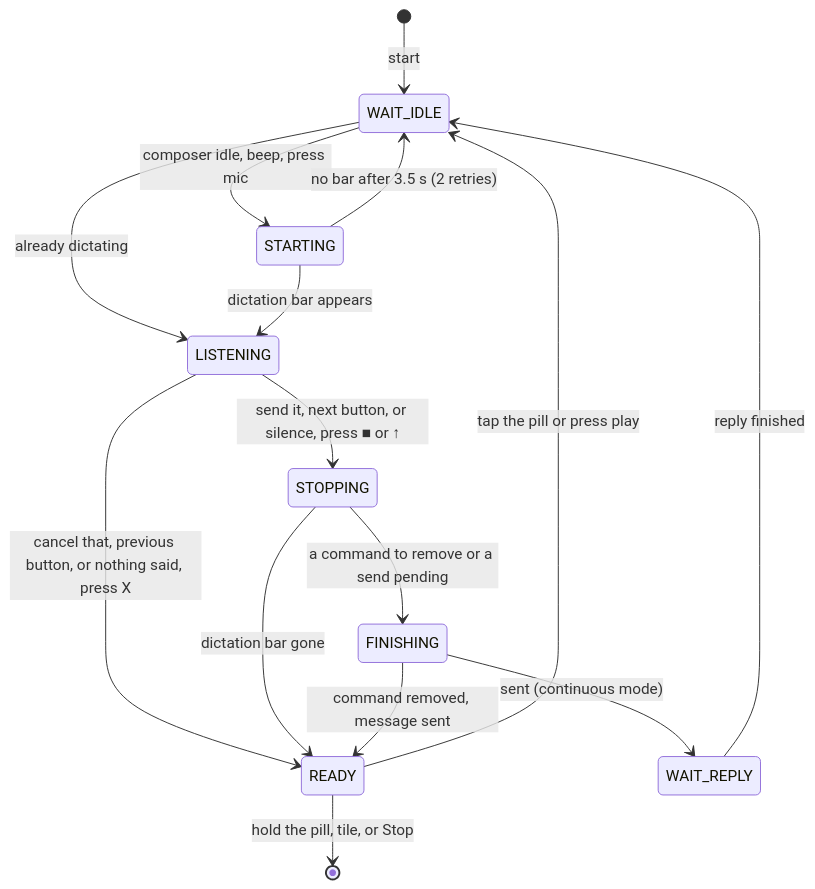
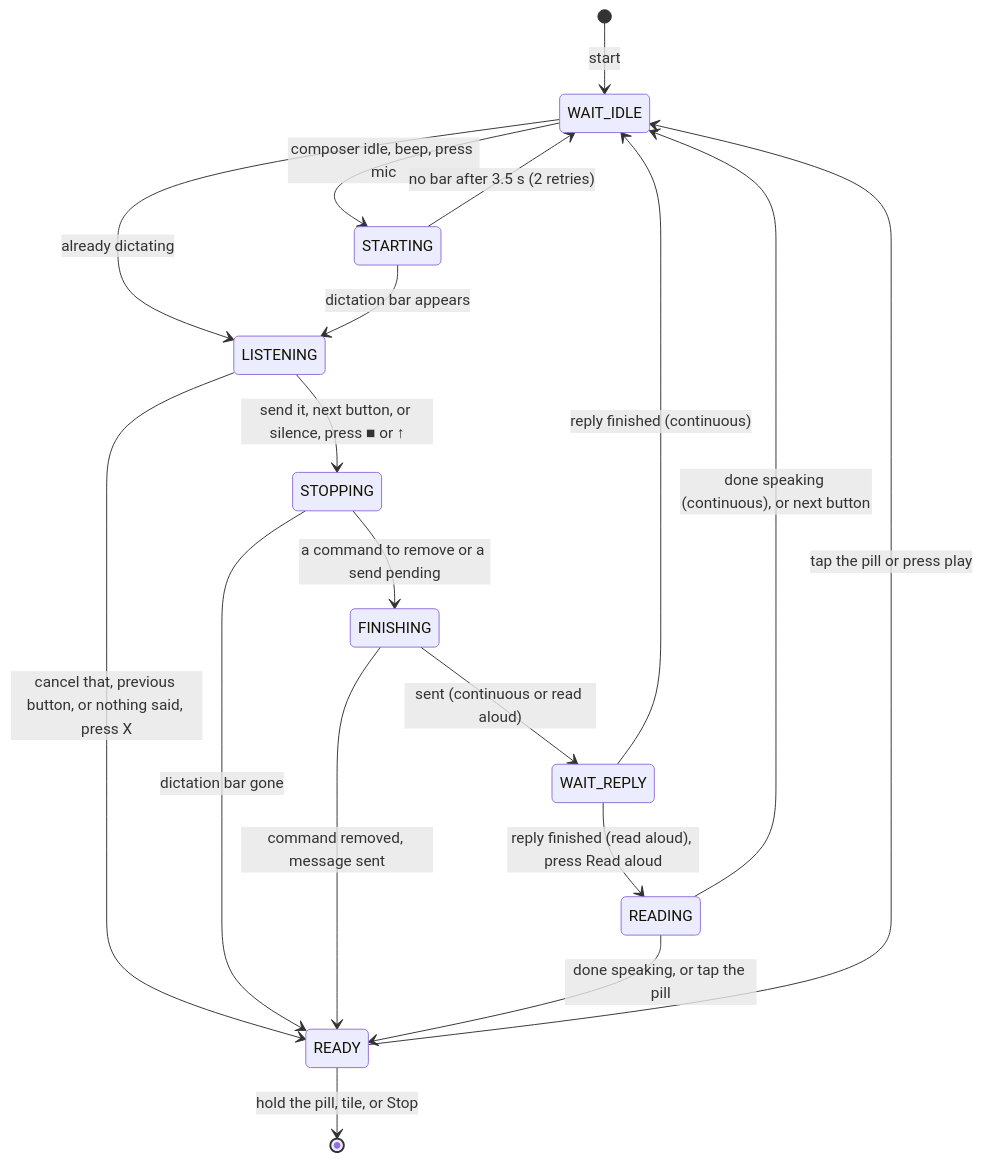
One commit to WillPastor/handsfree-gpt changed the second of 2 diagrams in docs/architecture.md. Above: the diagram before and after it, drawn with Mermaid. The commit also changed other lines of this file and 3 other files, not shown here.

First line of the commit message:
Document reading replies aloud and bump the version to 0.3.0

````diff
--- a/docs/architecture.md
+++ b/docs/architecture.md
@@ -47,17 +47,20 @@
 ```mermaid
 stateDiagram-v2
     [*] --> WAIT_IDLE: start
     WAIT_IDLE --> STARTING: composer idle, beep, press mic
     WAIT_IDLE --> LISTENING: already dictating
     STARTING --> LISTENING: dictation bar appears
     STARTING --> WAIT_IDLE: no bar after 3.5 s (2 retries)
     LISTENING --> STOPPING: send it, next button, or silence, press ■ or ↑
     LISTENING --> READY: cancel that, previous button, or nothing said, press X
     STOPPING --> FINISHING: a command to remove or a send pending
     STOPPING --> READY: dictation bar gone
     FINISHING --> READY: command removed, message sent
-    FINISHING --> WAIT_REPLY: sent (continuous mode)
-    WAIT_REPLY --> WAIT_IDLE: reply finished
+    FINISHING --> WAIT_REPLY: sent (continuous or read aloud)
+    WAIT_REPLY --> WAIT_IDLE: reply finished (continuous)
+    WAIT_REPLY --> READING: reply finished (read aloud), press Read aloud
+    READING --> WAIT_IDLE: done speaking (continuous), or next button
+    READING --> READY: done speaking, or tap the pill
     READY --> WAIT_IDLE: tap the pill or press play
     READY --> [*]: hold the pill, tile, or Stop
 ```
````
